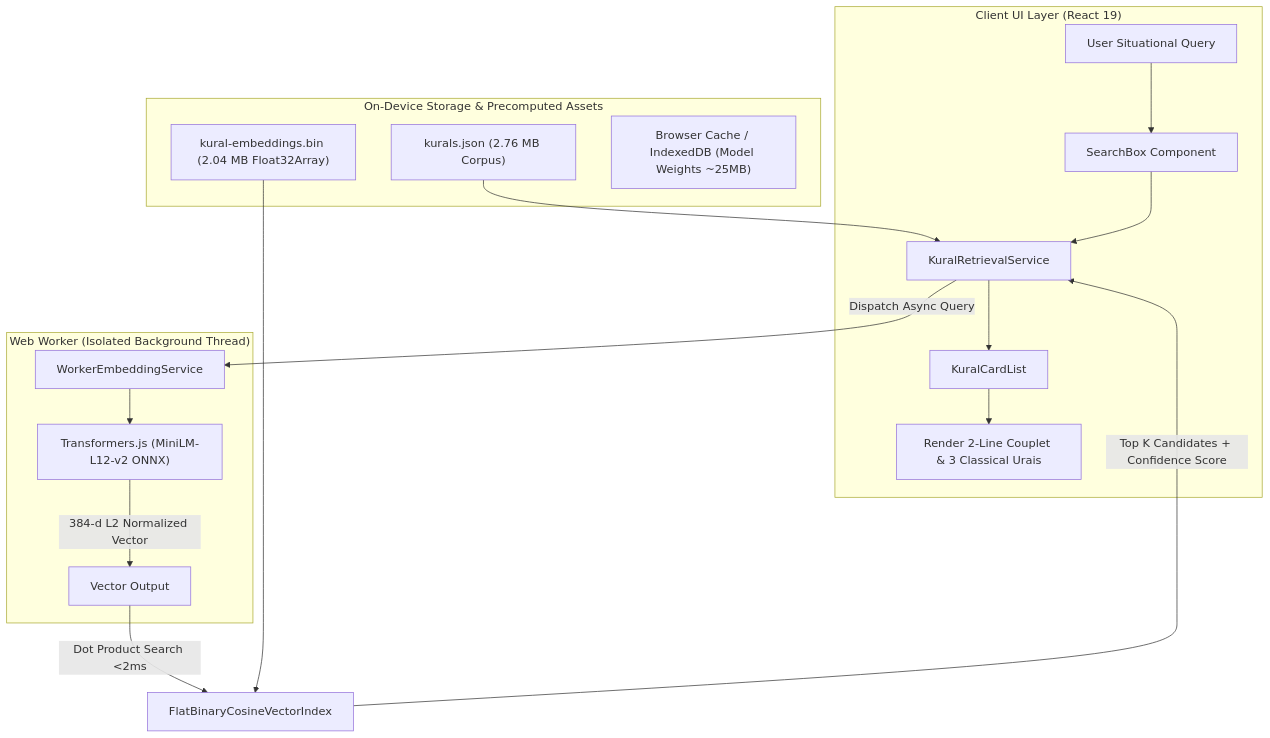
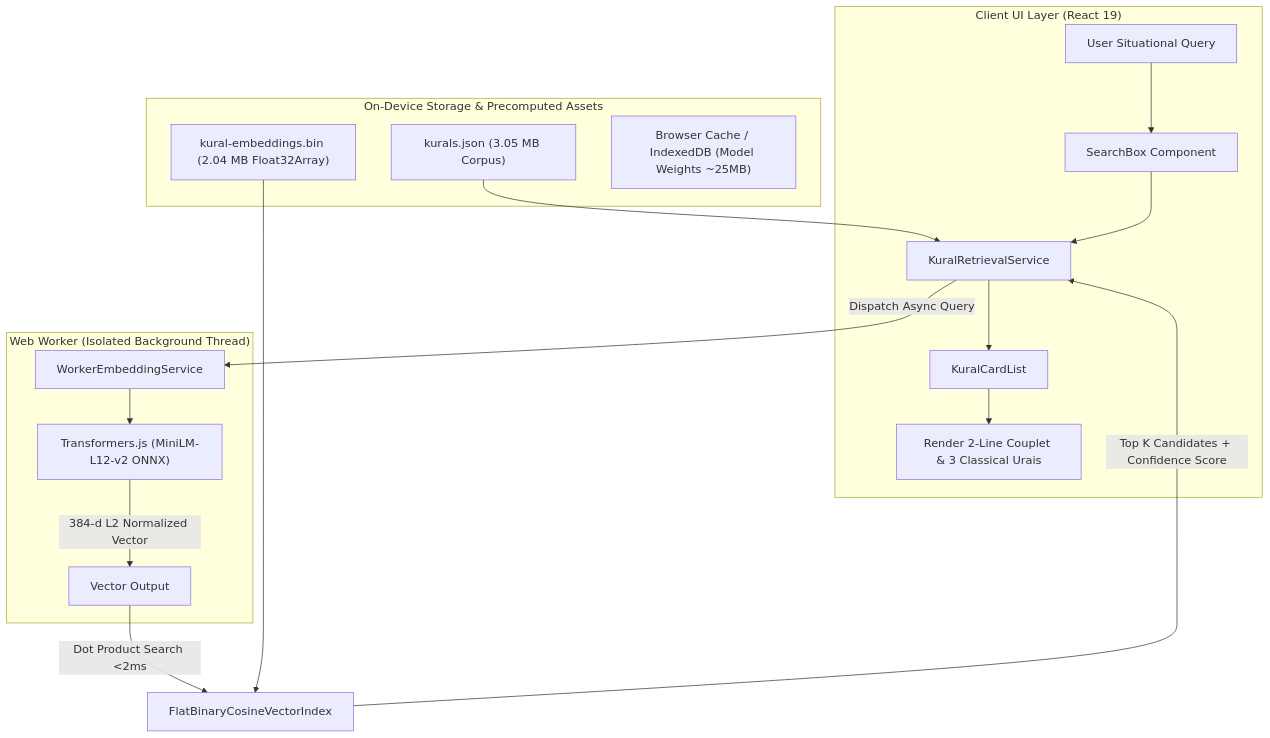
Before and after one commit to Joker-Bat/thirukural-rag-offline: the second of 2 diagrams in README.md, drawn with Mermaid. The commit also changed other lines of this file and 5 other files, not shown here.

````diff
--- a/README.md
+++ b/README.md
@@ -49,26 +88,26 @@
 ```mermaid
 flowchart TD
     subgraph UI ["Client UI Layer (React 19)"]
         A[User Situational Query] --> B[SearchBox Component]
         B --> C[KuralRetrievalService]
         G[KuralCardList] --> H[Render 2-Line Couplet & 3 Classical Urais]
     end
 
     subgraph Worker ["Web Worker (Isolated Background Thread)"]
         D[WorkerEmbeddingService] --> E["Transformers.js (MiniLM-L12-v2 ONNX)"]
         E -->|384-d L2 Normalized Vector| F[Vector Output]
     end
 
     subgraph Storage ["On-Device Storage & Precomputed Assets"]
         I["kural-embeddings.bin (2.04 MB Float32Array)"]
-        J["kurals.json (2.76 MB Corpus)"]
+        J["kurals.json (3.05 MB Corpus)"]
         K["Browser Cache / IndexedDB (Model Weights ~25MB)"]
     end
 
     C -->|Dispatch Async Query| D
     F -->|Dot Product Search <2ms| L[FlatBinaryCosineVectorIndex]
     I --> L
     J --> C
     L -->|Top K Candidates + Confidence Score| C
     C --> G
 ```
````
